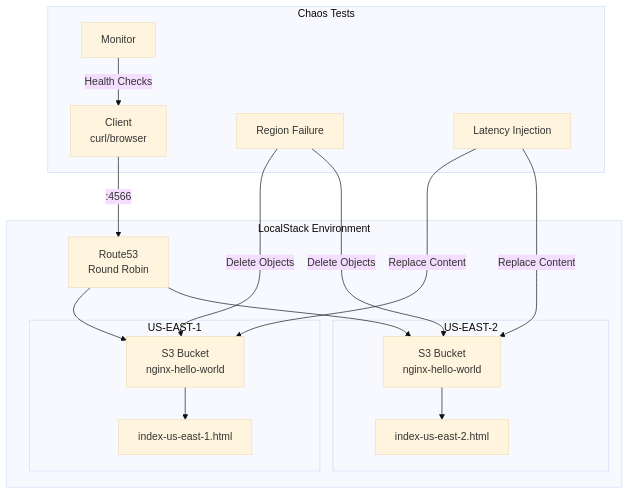
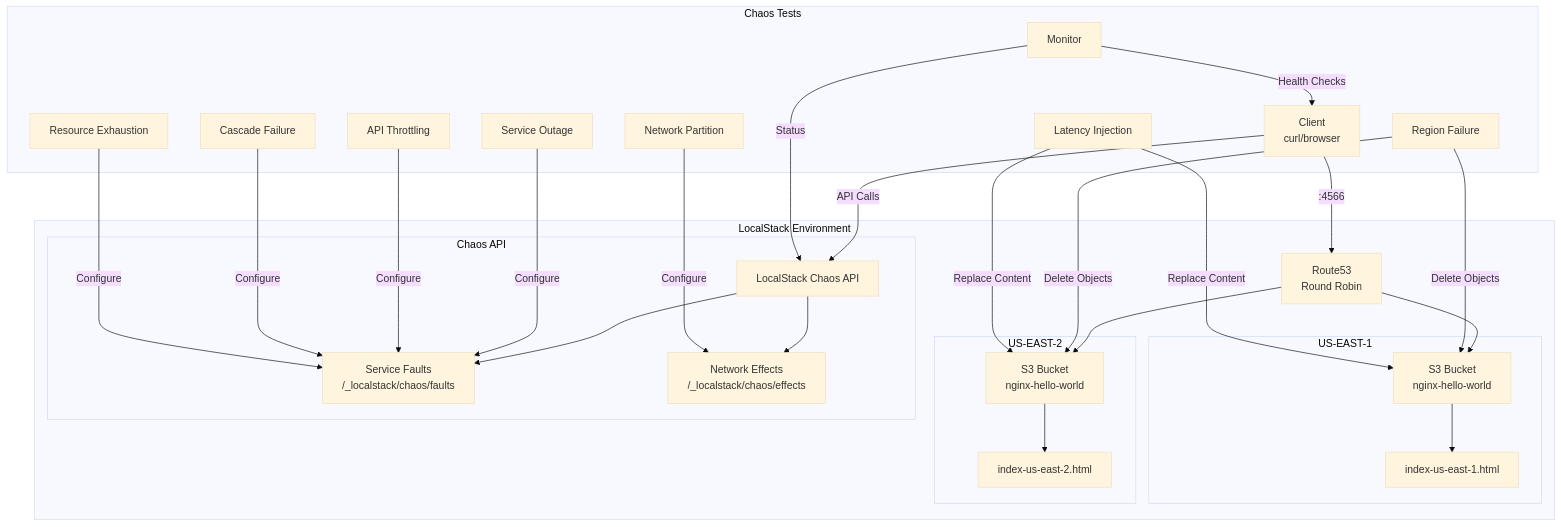
One commit to leonj1/chaos-engineering changed the first of 10 diagrams in README.md. Above: the diagram before and after it, drawn with Mermaid (base theme). The commit also changed other lines of this file and 10 other files, not shown here.

````diff
--- a/README.md
+++ b/README.md
@@ -15,35 +15,55 @@
 ```mermaid
 graph TB
     subgraph "LocalStack Environment"
         subgraph "US-EAST-1"
             S3E1[S3 Bucket<br/>nginx-hello-world]
             HTMLe1[index-us-east-1.html]
             S3E1 --> HTMLe1
         end
         
         subgraph "US-EAST-2"
             S3E2[S3 Bucket<br/>nginx-hello-world]
             HTMLe2[index-us-east-2.html]
             S3E2 --> HTMLe2
         end
         
         R53[Route53<br/>Round Robin]
         R53 --> S3E1
         R53 --> S3E2
+        
+        subgraph "Chaos API"
+            CAPI[LocalStack Chaos API]
+            FAULTS[Service Faults<br/>/_localstack/chaos/faults]
+            EFFECTS[Network Effects<br/>/_localstack/chaos/effects]
+            CAPI --> FAULTS
+            CAPI --> EFFECTS
+        end
     end
     
     Client[Client<br/>curl/browser]
     Client --> |":4566"| R53
+    Client --> |API Calls| CAPI
     
     subgraph "Chaos Tests"
         RF[Region Failure]
         LI[Latency Injection]
+        SO[Service Outage]
+        TH[API Throttling]
+        CF[Cascade Failure]
+        NP[Network Partition]
+        RE[Resource Exhaustion]
         MON[Monitor]
         
         RF --> |Delete Objects| S3E1
         RF --> |Delete Objects| S3E2
         LI --> |Replace Content| S3E1
         LI --> |Replace Content| S3E2
+        SO --> |Configure| FAULTS
+        TH --> |Configure| FAULTS
+        CF --> |Configure| FAULTS
+        NP --> |Configure| EFFECTS
+        RE --> |Configure| FAULTS
         MON --> |Health Checks| Client
+        MON --> |Status| CAPI
     end
 ```
````
